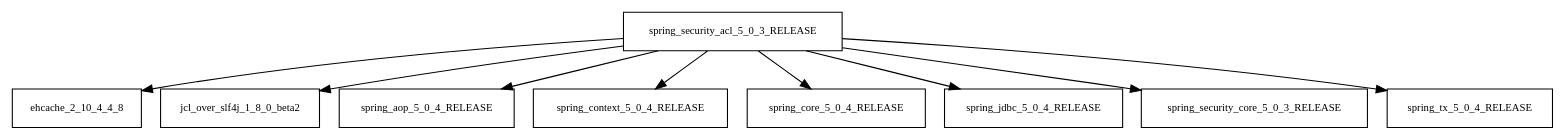
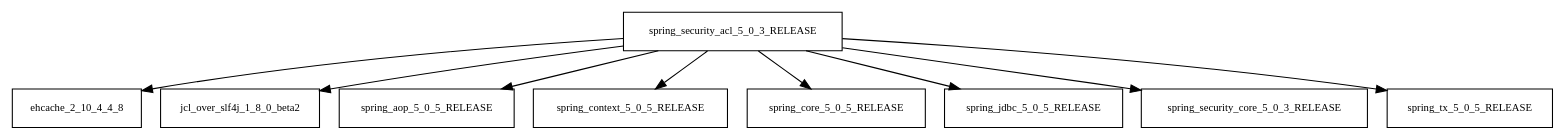
Before and after one commit to sjvs/cia: the diagram in tattleTaleReport/graphviz/spring-security-acl-5.0.3.RELEASE.jar/spring-security-acl-5.0.3.RELEASE.jar.dot, drawn with Graphviz. The commit also changed 1854 other files, not shown here.

```diff
--- a/tattleTaleReport/graphviz/spring-security-acl-5.0.3.RELEASE.jar/spring-security-acl-5.0.3.RELEASE.jar.dot
+++ b/tattleTaleReport/graphviz/spring-security-acl-5.0.3.RELEASE.jar/spring-security-acl-5.0.3.RELEASE.jar.dot
@@ -1,11 +1,11 @@
 digraph spring_security_acl_5_0_3_RELEASE_dependencies {
   node [shape = box, fontsize=10.0];
   spring_security_acl_5_0_3_RELEASE -> ehcache_2_10_4_4_8;
   spring_security_acl_5_0_3_RELEASE -> jcl_over_slf4j_1_8_0_beta2;
-  spring_security_acl_5_0_3_RELEASE -> spring_aop_5_0_4_RELEASE;
-  spring_security_acl_5_0_3_RELEASE -> spring_context_5_0_4_RELEASE;
-  spring_security_acl_5_0_3_RELEASE -> spring_core_5_0_4_RELEASE;
-  spring_security_acl_5_0_3_RELEASE -> spring_jdbc_5_0_4_RELEASE;
+  spring_security_acl_5_0_3_RELEASE -> spring_aop_5_0_5_RELEASE;
+  spring_security_acl_5_0_3_RELEASE -> spring_context_5_0_5_RELEASE;
+  spring_security_acl_5_0_3_RELEASE -> spring_core_5_0_5_RELEASE;
+  spring_security_acl_5_0_3_RELEASE -> spring_jdbc_5_0_5_RELEASE;
   spring_security_acl_5_0_3_RELEASE -> spring_security_core_5_0_3_RELEASE;
-  spring_security_acl_5_0_3_RELEASE -> spring_tx_5_0_4_RELEASE;
+  spring_security_acl_5_0_3_RELEASE -> spring_tx_5_0_5_RELEASE;
 }
```
